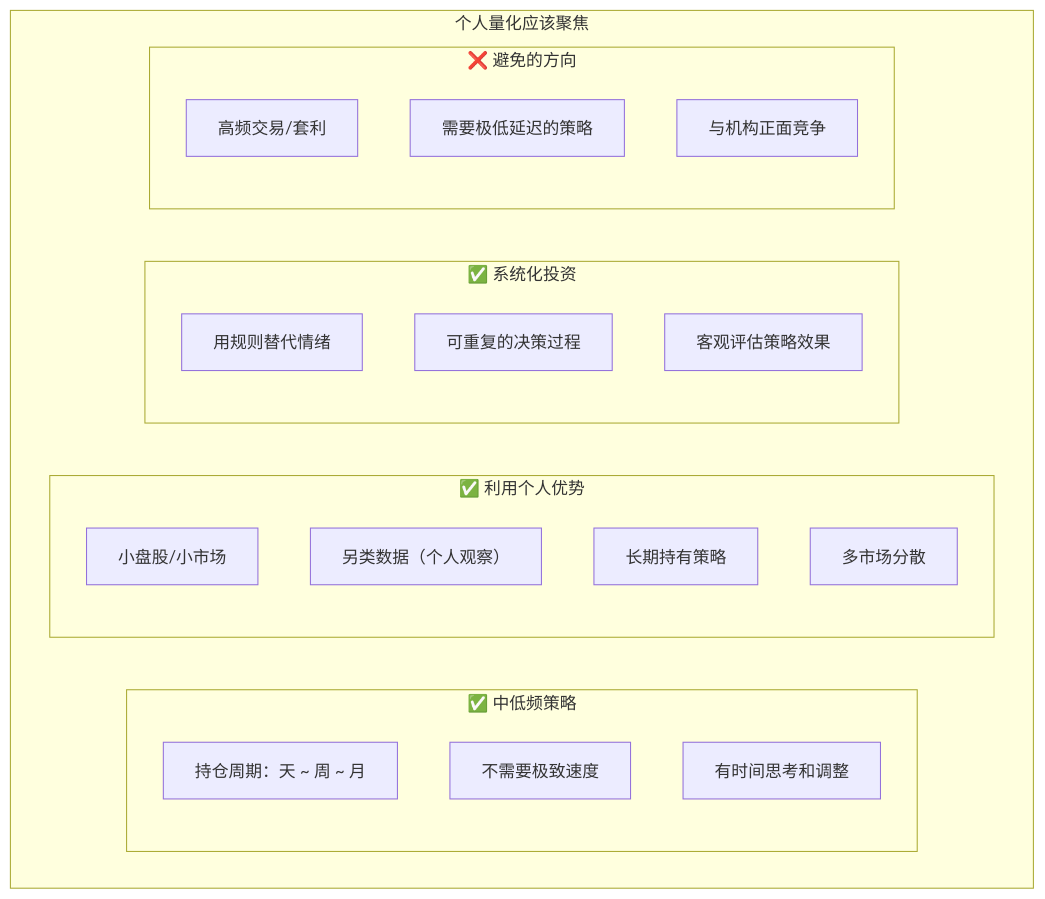
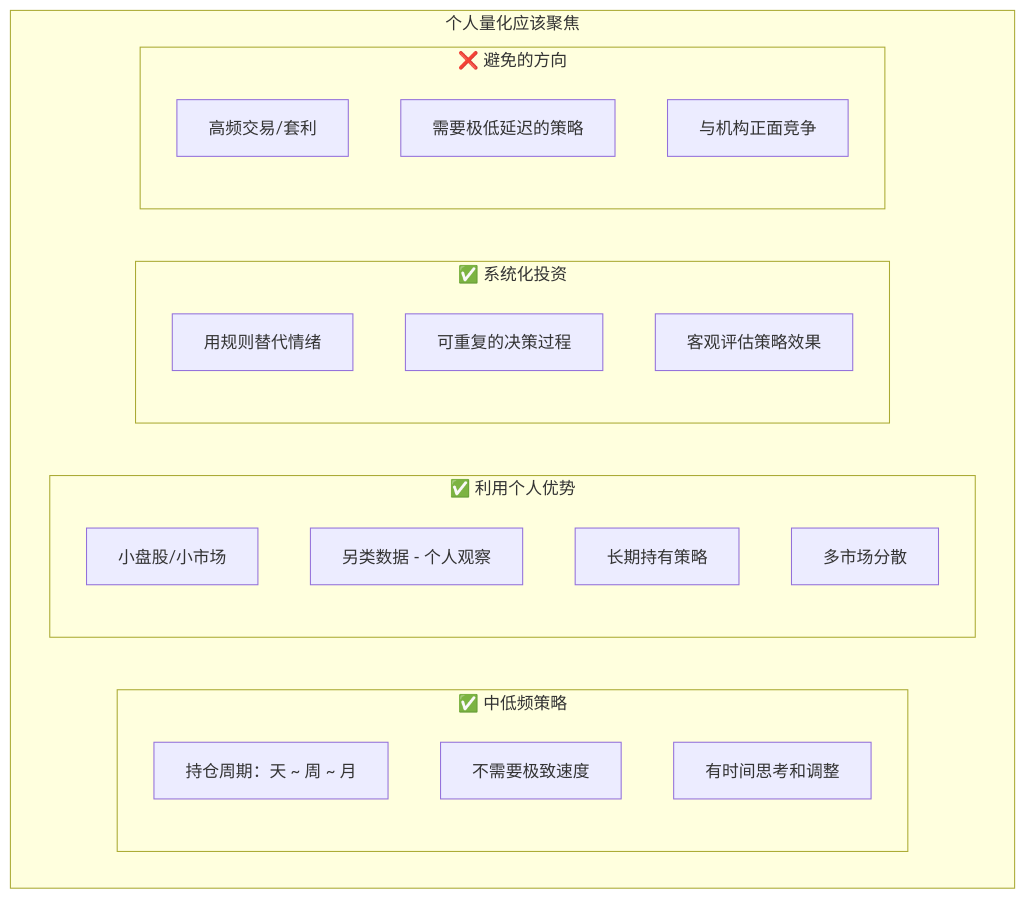
Before and after one commit to jpixy/jpixy.github.io: the third of 10 diagrams in content/articles/quant/quant-01-个人量化交易入门指南.md, drawn with Mermaid. The commit also changed other lines of this file and 66 other files, not shown here.

Commit message:
fix: resolve Mermaid syntax errors by removing parentheses in node labels

````diff
--- a/content/articles/quant/quant-01-个人量化交易入门指南.md
+++ b/content/articles/quant/quant-01-个人量化交易入门指南.md
@@ -75,26 +75,26 @@
 ```mermaid
 graph TB
     subgraph 聚焦["个人量化应该聚焦"]
         subgraph 中低频["✅ 中低频策略"]
             Z1["持仓周期：天 ~ 周 ~ 月"]
             Z2["不需要极致速度"]
             Z3["有时间思考和调整"]
         end
         subgraph 优势["✅ 利用个人优势"]
             Y1["小盘股/小市场"]
-            Y2["另类数据（个人观察）"]
+            Y2["另类数据 - 个人观察"]
             Y3["长期持有策略"]
             Y4["多市场分散"]
         end
         subgraph 系统["✅ 系统化投资"]
             X1["用规则替代情绪"]
             X2["可重复的决策过程"]
             X3["客观评估策略效果"]
         end
         subgraph 避免["❌ 避免的方向"]
             B1["高频交易/套利"]
             B2["需要极低延迟的策略"]
             B3["与机构正面竞争"]
         end
     end
 ```
````
